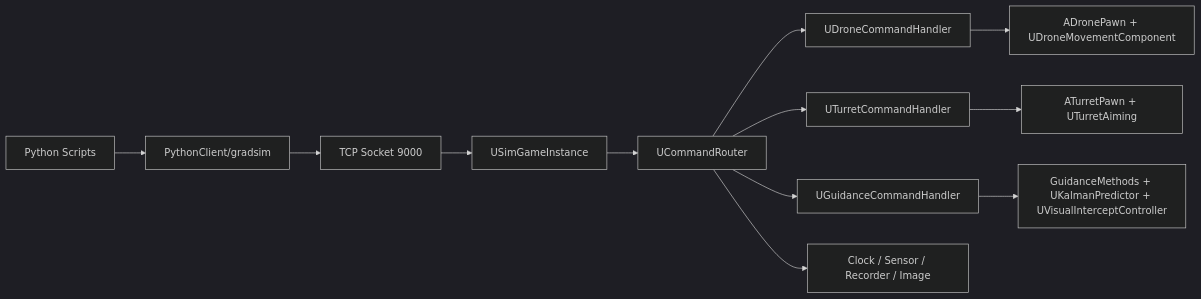
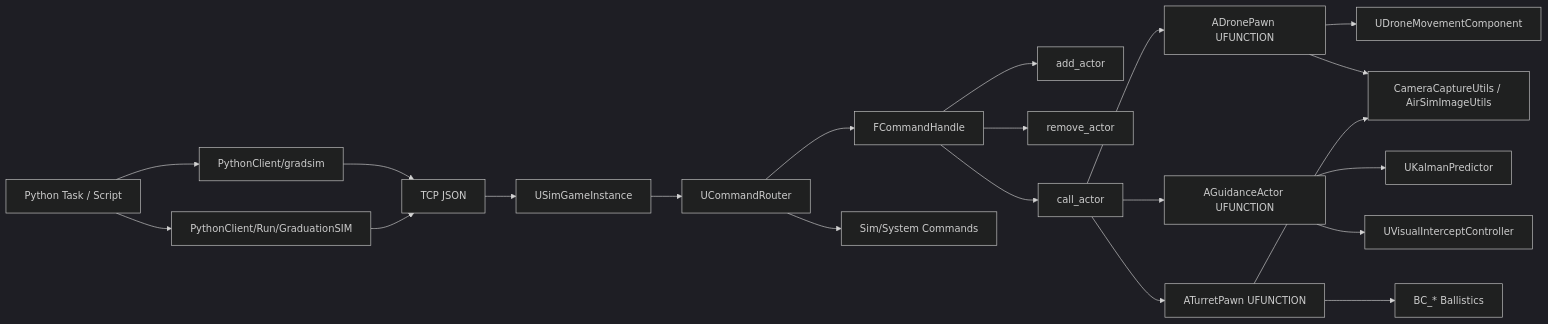
The diagram in README.md (yfx1234/GraduationProject), drawn with Mermaid (dark theme) before and after one commit. The commit also changed other lines of this file and 80 other files, not shown here.

````diff
--- a/README.md
+++ b/README.md
@@ -11,16 +17,26 @@
 ```mermaid
 flowchart LR
-  Py[Python Scripts] --> Lib[PythonClient/gradsim]
-  Lib --> TCP[TCP Socket 9000]
-  TCP --> GI[USimGameInstance]
-  GI --> Router[UCommandRouter]
+    PyScript[Python Task / Script] --> GradSim[PythonClient/gradsim]
+    PyScript --> GSim[PythonClient/Run/GraduationSIM]
+    GradSim --> TCP[TCP JSON]
+    GSim --> TCP
+    TCP --> GI[USimGameInstance]
+    GI --> Router[UCommandRouter]
+    Router --> FCH[FCommandHandle]
+    Router --> SimCmd[Sim/System Commands]
 
-  Router --> Drone[UDroneCommandHandler]
-  Router --> Turret[UTurretCommandHandler]
-  Router --> Guidance[UGuidanceCommandHandler]
-  Router --> Core[Clock / Sensor / Recorder / Image]
+    FCH --> Add[add_actor]
+    FCH --> Remove[remove_actor]
+    FCH --> Call[call_actor]
 
-  Drone --> DronePawn[ADronePawn + UDroneMovementComponent]
-  Turret --> TurretPawn[ATurretPawn + UTurretAiming]
-  Guidance --> GuideCore[GuidanceMethods + UKalmanPredictor + UVisualInterceptController]
+    Call --> Drone[ADronePawn UFUNCTION]
+    Call --> Guidance[AGuidanceActor UFUNCTION]
+    Call --> Turret[ATurretPawn UFUNCTION]
+
+    Drone --> Move[UDroneMovementComponent]
+    Guidance --> Predictor[UKalmanPredictor]
+    Guidance --> VIC[UVisualInterceptController]
+    Turret --> Ballistic[BC_* Ballistics]
+    Drone --> Vision[CameraCaptureUtils / AirSimImageUtils]
+    Turret --> Vision
 ```
````
